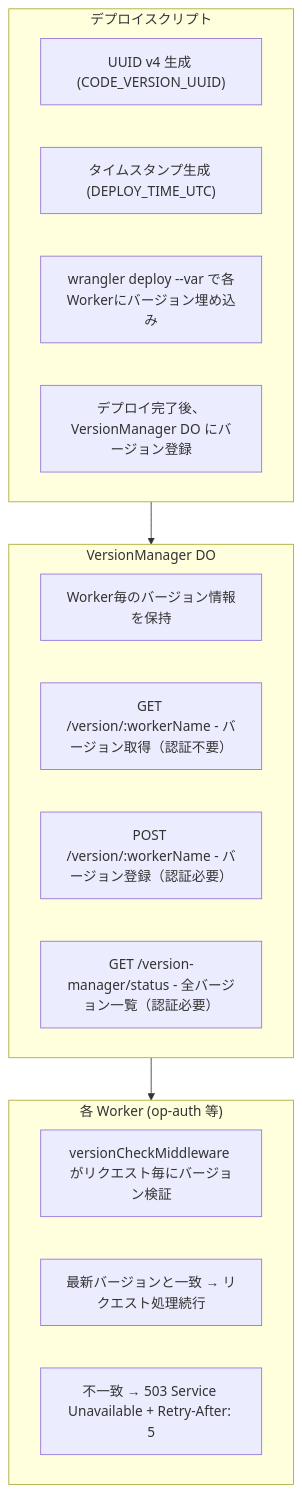
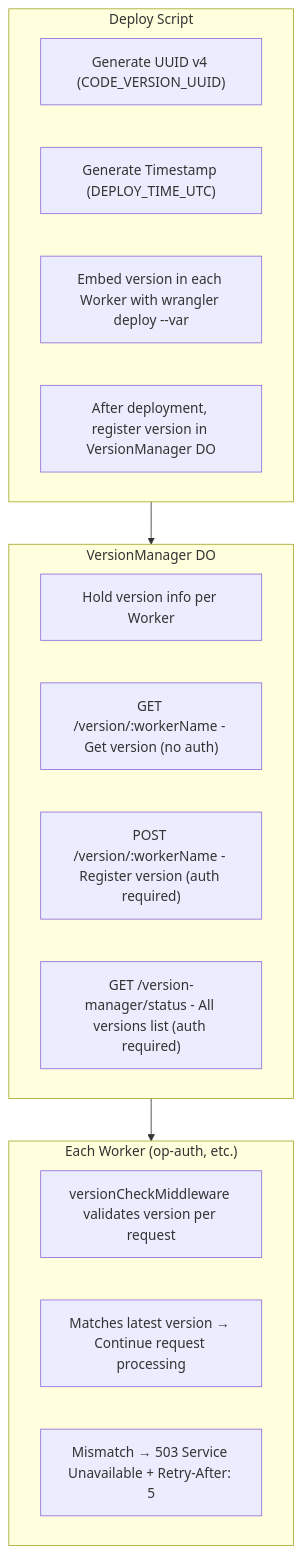
The diagram in docs/VERSION_MANAGEMENT.md (sgrastar/authrim), drawn with Mermaid before and after one commit. The commit also changed other lines of this file and 23 other files, not shown here.

First line of the commit message:
docs: Translate all Japanese documentation to English and convert ASCII diagrams to Mermaid

````diff
--- a/docs/VERSION_MANAGEMENT.md
+++ b/docs/VERSION_MANAGEMENT.md
@@ -17,25 +17,25 @@
 ```mermaid
 flowchart TB
-    subgraph Deploy["デプロイスクリプト"]
-        D1["UUID v4 生成 (CODE_VERSION_UUID)"]
-        D2["タイムスタンプ生成 (DEPLOY_TIME_UTC)"]
-        D3["wrangler deploy --var で各Workerにバージョン埋め込み"]
-        D4["デプロイ完了後、VersionManager DO にバージョン登録"]
+    subgraph Deploy["Deploy Script"]
+        D1["Generate UUID v4 (CODE_VERSION_UUID)"]
+        D2["Generate Timestamp (DEPLOY_TIME_UTC)"]
+        D3["Embed version in each Worker with wrangler deploy --var"]
+        D4["After deployment, register version in VersionManager DO"]
     end
 
     subgraph VM["VersionManager DO"]
-        VM1["Worker毎のバージョン情報を保持"]
-        VM2["GET /version/:workerName - バージョン取得（認証不要）"]
-        VM3["POST /version/:workerName - バージョン登録（認証必要）"]
-        VM4["GET /version-manager/status - 全バージョン一覧（認証必要）"]
+        VM1["Hold version info per Worker"]
+        VM2["GET /version/:workerName - Get version (no auth)"]
+        VM3["POST /version/:workerName - Register version (auth required)"]
+        VM4["GET /version-manager/status - All versions list (auth required)"]
     end
 
-    subgraph Worker["各 Worker (op-auth 等)"]
-        W1["versionCheckMiddleware がリクエスト毎にバージョン検証"]
-        W2["最新バージョンと一致 → リクエスト処理続行"]
-        W3["不一致 → 503 Service Unavailable + Retry-After: 5"]
+    subgraph Worker["Each Worker (op-auth, etc.)"]
+        W1["versionCheckMiddleware validates version per request"]
+        W2["Matches latest version → Continue request processing"]
+        W3["Mismatch → 503 Service Unavailable + Retry-After: 5"]
     end
 
     Deploy --> VM
     VM --> Worker
 ```
````
